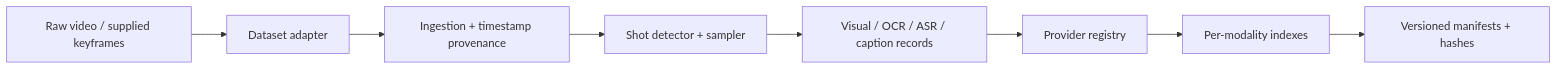
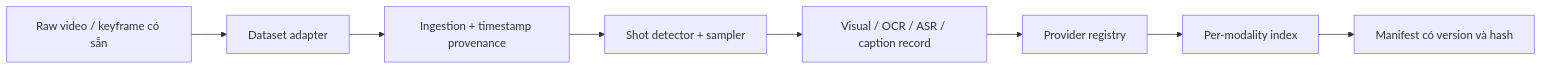
One commit to lenamkhanhh/HCMAIC-SkillPixel-KIS changed the first of 2 diagrams in docs/competitive_v1/01_ARCHITECTURE.md. Above: the diagram before and after it, drawn with Mermaid. The commit also changed other lines of this file and 25 other files, not shown here.

````diff
--- a/docs/competitive_v1/01_ARCHITECTURE.md
+++ b/docs/competitive_v1/01_ARCHITECTURE.md
@@ -5,10 +5,10 @@
 ```mermaid
 flowchart LR
-  A["Raw video / supplied keyframes"] --> B["Dataset adapter"]
+  A["Raw video / keyframe có sẵn"] --> B["Dataset adapter"]
   B --> C["Ingestion + timestamp provenance"]
   C --> D["Shot detector + sampler"]
-  D --> E["Visual / OCR / ASR / caption records"]
+  D --> E["Visual / OCR / ASR / caption record"]
   E --> F["Provider registry"]
-  F --> G["Per-modality indexes"]
-  G --> H["Versioned manifests + hashes"]
+  F --> G["Per-modality index"]
+  G --> H["Manifest có version và hash"]
 ```
````
